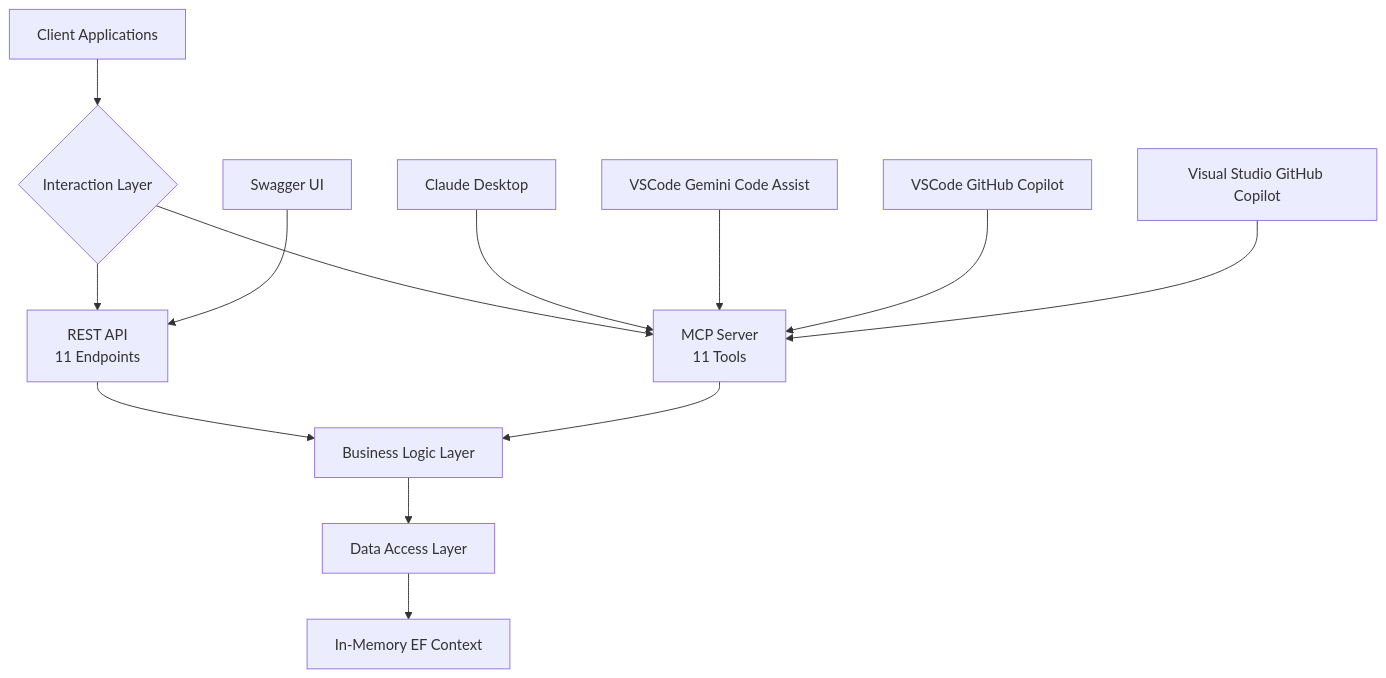
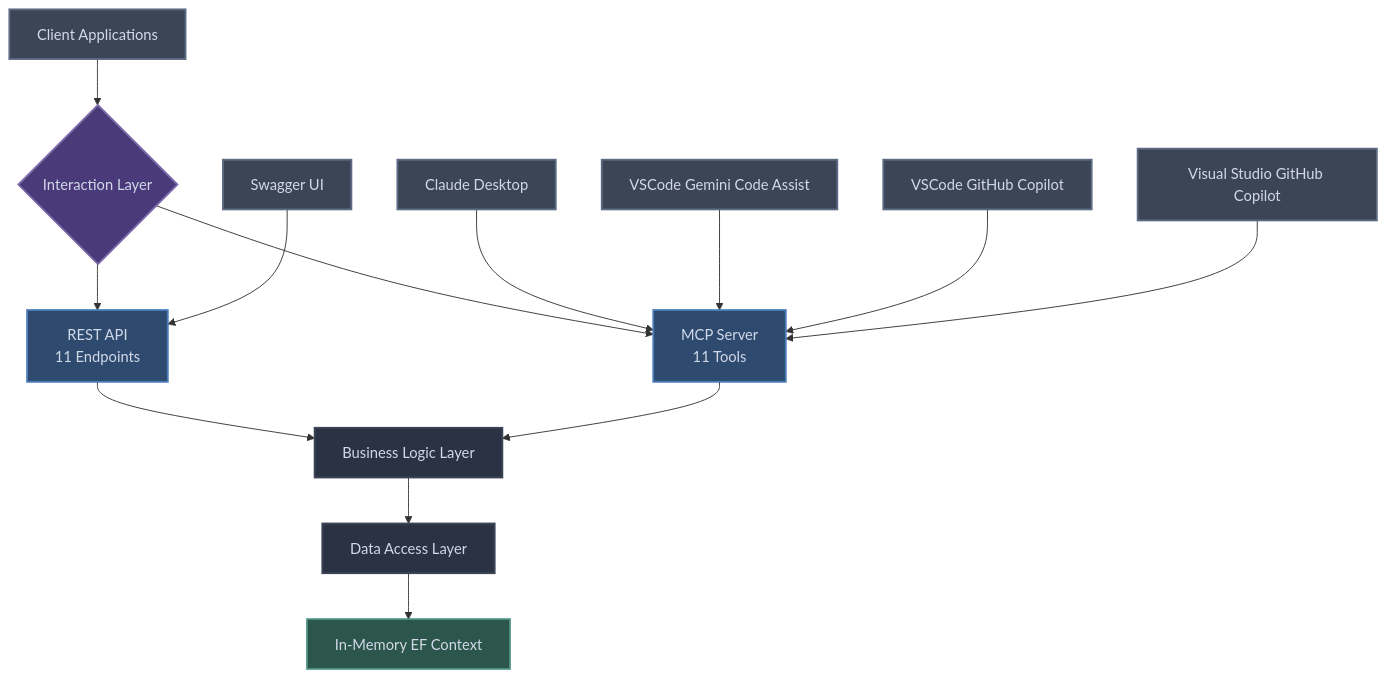
Before and after one commit to cpateldev/TodoMCPServer: the first of 4 diagrams in Readme.md, drawn with Mermaid. The commit also changed other lines of this file and 6 other files, not shown here.

````diff
--- a/Readme.md
+++ b/Readme.md
@@ -93,16 +95,31 @@
 ```mermaid
 flowchart TD
     A[Client Applications] --> B{Interaction Layer}
     B --> C[REST API<br/>11 Endpoints]
     B --> D[MCP Server<br/>11 Tools]
     C --> E[Business Logic Layer]
     D --> E
     E --> F[Data Access Layer]
     F --> G[In-Memory EF Context]
 
     H[Swagger UI] --> C
     I[Claude Desktop] --> D
     J[VSCode Gemini Code Assist] --> D
     K[VSCode GitHub Copilot] --> D
     L[Visual Studio GitHub Copilot] --> D
+
+    classDef client fill:#3c4556,stroke:#5d6b84,stroke-width:2px,color:#d1d9e8
+    classDef layer fill:#2a3244,stroke:#3c4556,stroke-width:2px,color:#d1d9e8
+    classDef interface fill:#2e4a6e,stroke:#4a7bb9,stroke-width:2px,color:#d1d9e8
+    classDef decision fill:#4a3a7a,stroke:#7b6aa8,stroke-width:2px,color:#d1d9e8
+    classDef data fill:#2c554c,stroke:#4a8c7d,stroke-width:2px,color:#d1d9e8
+    
+    class A client
+    class H,I,J,K,L client
+    
+    class B decision
+    
+    class C,D interface
+    class E,F layer
+    class G data
 ```
````
